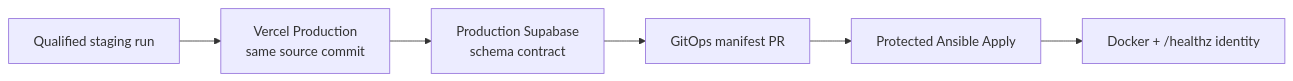
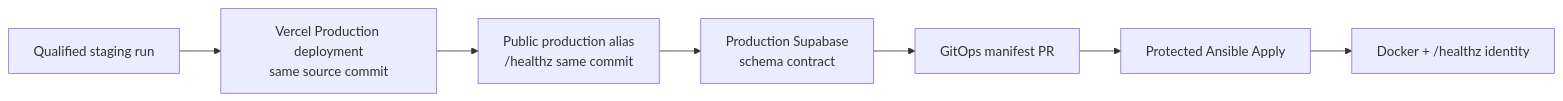
One commit to ramideltoro/nutsnews-docs changed the diagram in updates/README_STAGING_QUALIFIED_PRODUCTION_PROMOTION.md. Above: the diagram before and after it, drawn with Mermaid. The commit also changed other lines of this file and 1 other file, not shown here.

Commit message:
Document Vercel promotion alias gate

````diff
--- a/updates/README_STAGING_QUALIFIED_PRODUCTION_PROMOTION.md
+++ b/updates/README_STAGING_QUALIFIED_PRODUCTION_PROMOTION.md
@@ -49,8 +53,9 @@
 ```mermaid
 flowchart LR
-  staging["Qualified staging run"] --> vercel["Vercel Production\nsame source commit"]
-  vercel --> supabase["Production Supabase\nschema contract"]
+  staging["Qualified staging run"] --> vercel["Vercel Production deployment\nsame source commit"]
+  vercel --> alias["Public production alias\n/healthz same commit"]
+  alias --> supabase["Production Supabase\nschema contract"]
   supabase --> pr["GitOps manifest PR"]
   pr --> apply["Protected Ansible Apply"]
   apply --> verify["Docker + /healthz identity"]
 ```
````
